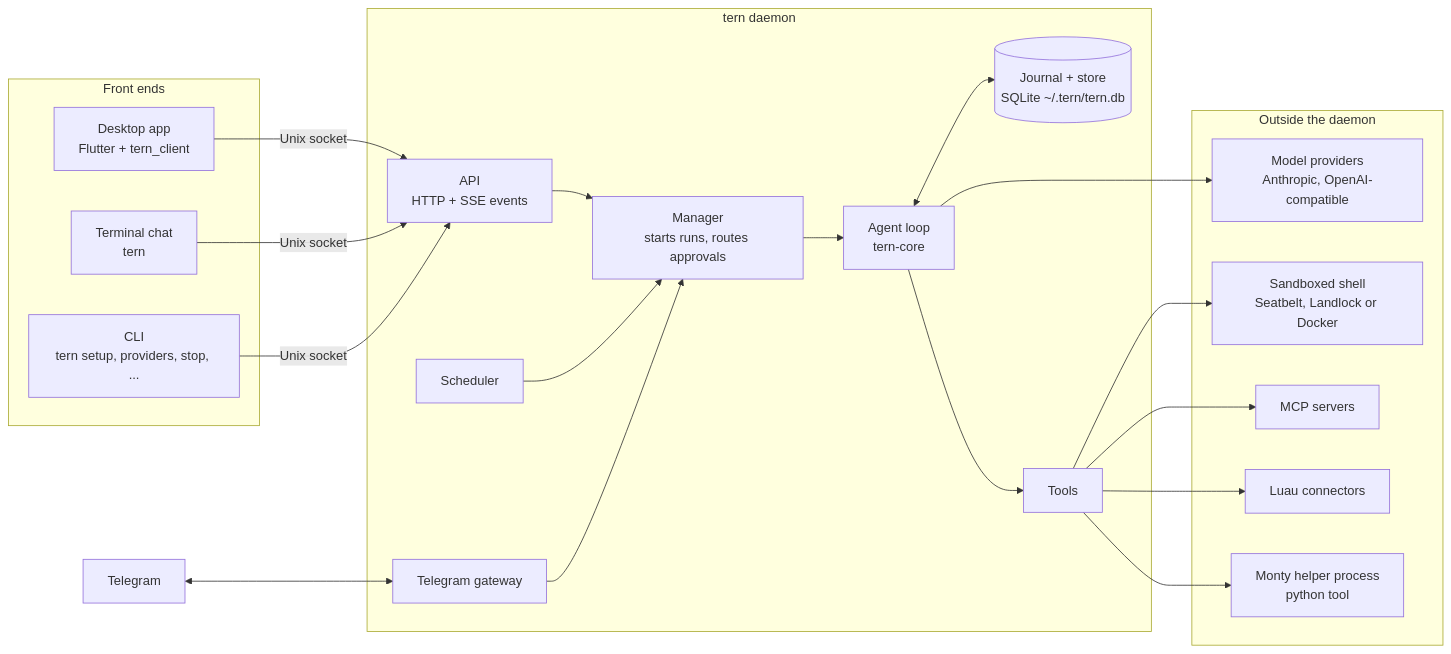
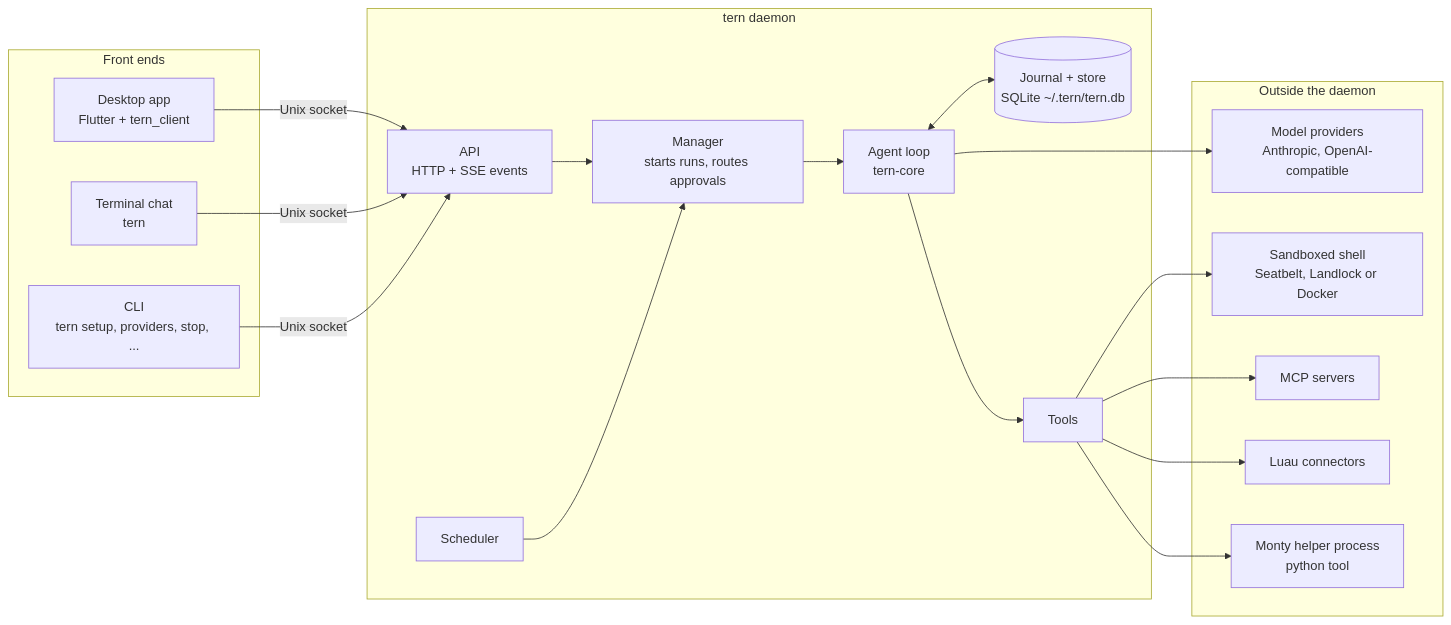
One commit to mitchellalderson/tern-agent changed the first of 5 diagrams in README.md. Above: the diagram before and after it, drawn with Mermaid. The commit also changed other lines of this file and 112 other files, not shown here.

````diff
--- a/README.md
+++ b/README.md
@@ -73,44 +73,40 @@
 ```mermaid
 flowchart LR
     subgraph clients["Front ends"]
         app["Desktop app<br/>Flutter + tern_client"]
         tui["Terminal chat<br/>tern"]
         cli["CLI<br/>tern setup, providers, stop, ..."]
     end
-    tg["Telegram"]
 
     subgraph daemon["tern daemon"]
         api["API<br/>HTTP + SSE events"]
         mgr["Manager<br/>starts runs, routes approvals"]
         sched["Scheduler"]
-        gw["Telegram gateway"]
         agent["Agent loop<br/>tern-core"]
         journal[("Journal + store<br/>SQLite ~/.tern/tern.db")]
         tools["Tools"]
     end
 
     subgraph outside["Outside the daemon"]
         models["Model providers<br/>Anthropic, OpenAI-compatible"]
         sandbox["Sandboxed shell<br/>Seatbelt, Landlock or Docker"]
         mcp["MCP servers"]
         lua["Luau connectors"]
         py["Monty helper process<br/>python tool"]
     end
 
     app -- "Unix socket" --> api
     tui -- "Unix socket" --> api
     cli -- "Unix socket" --> api
-    tg <--> gw
 
     api --> mgr
     sched --> mgr
-    gw --> mgr
     mgr --> agent
     agent <--> journal
     agent --> models
     agent --> tools
     tools --> sandbox
     tools --> mcp
     tools --> lua
     tools --> py
 ```
````
